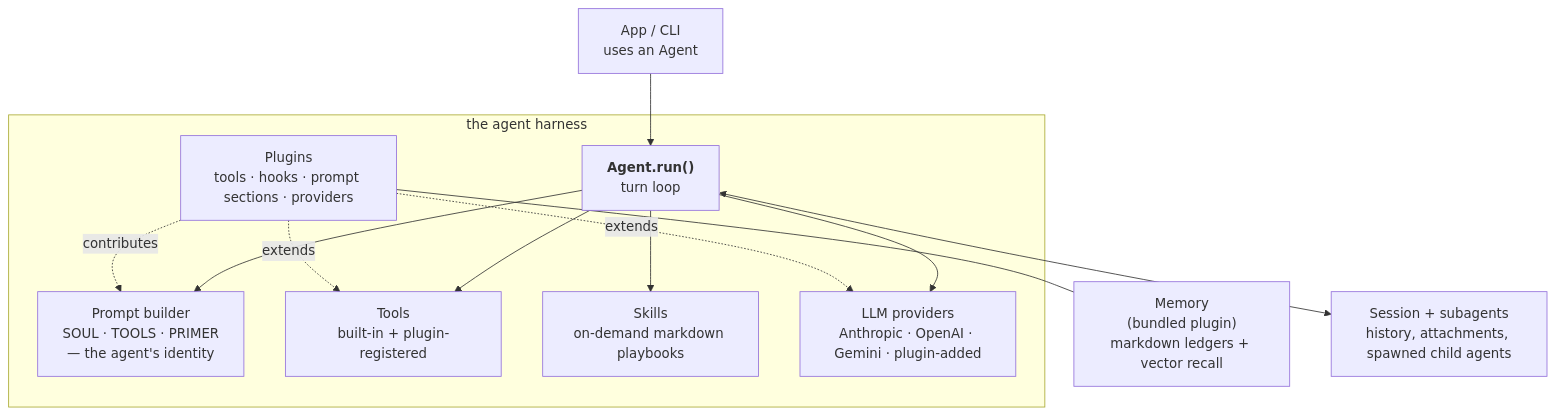
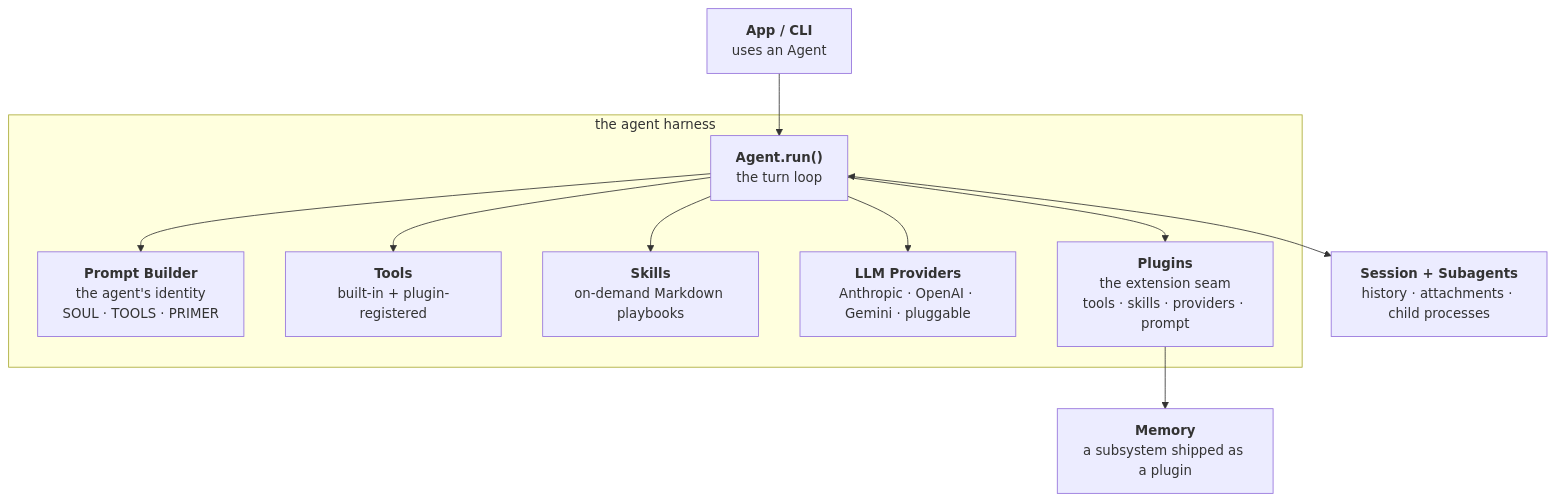
Before and after one commit to derekwisong/pyagent: the first of 3 diagrams in docs/architecture.md, drawn with Mermaid. The commit also changed other lines of this file, not shown here.

Commit message:
Improve architecture docs (#115)

````diff
--- a/docs/architecture.md
+++ b/docs/architecture.md
@@ -7,28 +7,26 @@
 ```mermaid
 flowchart TB
-    APP["App / CLI<br/>uses an Agent"]
+    APP["<b>App / CLI</b><br/>uses an Agent"]
 
     subgraph HARNESS["the agent harness"]
-        AGENT["<b>Agent.run()</b><br/>turn loop"]
-        PROMPT["Prompt builder<br/>SOUL · TOOLS · PRIMER<br/>— the agent's identity"]
-        TOOLS["Tools<br/>built-in + plugin-registered"]
-        SKILLS["Skills<br/>on-demand markdown playbooks"]
-        PLUGINS["Plugins<br/>tools · hooks · prompt sections · providers"]
-        LLM["LLM providers<br/>Anthropic · OpenAI · Gemini · plugin-added"]
+        AGENT["<b>Agent.run()</b><br/>the turn loop"]
+        PROMPT["<b>Prompt Builder</b><br/>the agent's identity<br/>SOUL · TOOLS · PRIMER"]
+        TOOLS["<b>Tools</b><br/>built-in + plugin-registered"]
+        SKILLS["<b>Skills</b><br/>on-demand Markdown playbooks"]
+        LLM["<b>LLM Providers</b><br/>Anthropic · OpenAI · Gemini · pluggable"]
+        PLUGINS["<b>Plugins</b><br/>the extension seam<br/>tools · skills · providers · prompt"]
 
         AGENT --> PROMPT
         AGENT --> TOOLS
         AGENT --> SKILLS
         AGENT --> LLM
-        PLUGINS -.extends.-> TOOLS
-        PLUGINS -.extends.-> LLM
-        PLUGINS -.contributes.-> PROMPT
+        AGENT --> PLUGINS
     end
 
-    MEMORY["Memory<br/>(bundled plugin)<br/>markdown ledgers + vector recall"]
-    RUNTIME["Session + subagents<br/>history, attachments, spawned child agents"]
+    MEMORY["<b>Memory</b><br/>a subsystem shipped as a plugin"]
+    RUNTIME["<b>Session + Subagents</b><br/>history · attachments · child processes"]
 
     APP --> AGENT
-    PLUGINS --- MEMORY
+    PLUGINS --> MEMORY
     AGENT <--> RUNTIME
 ```
````
